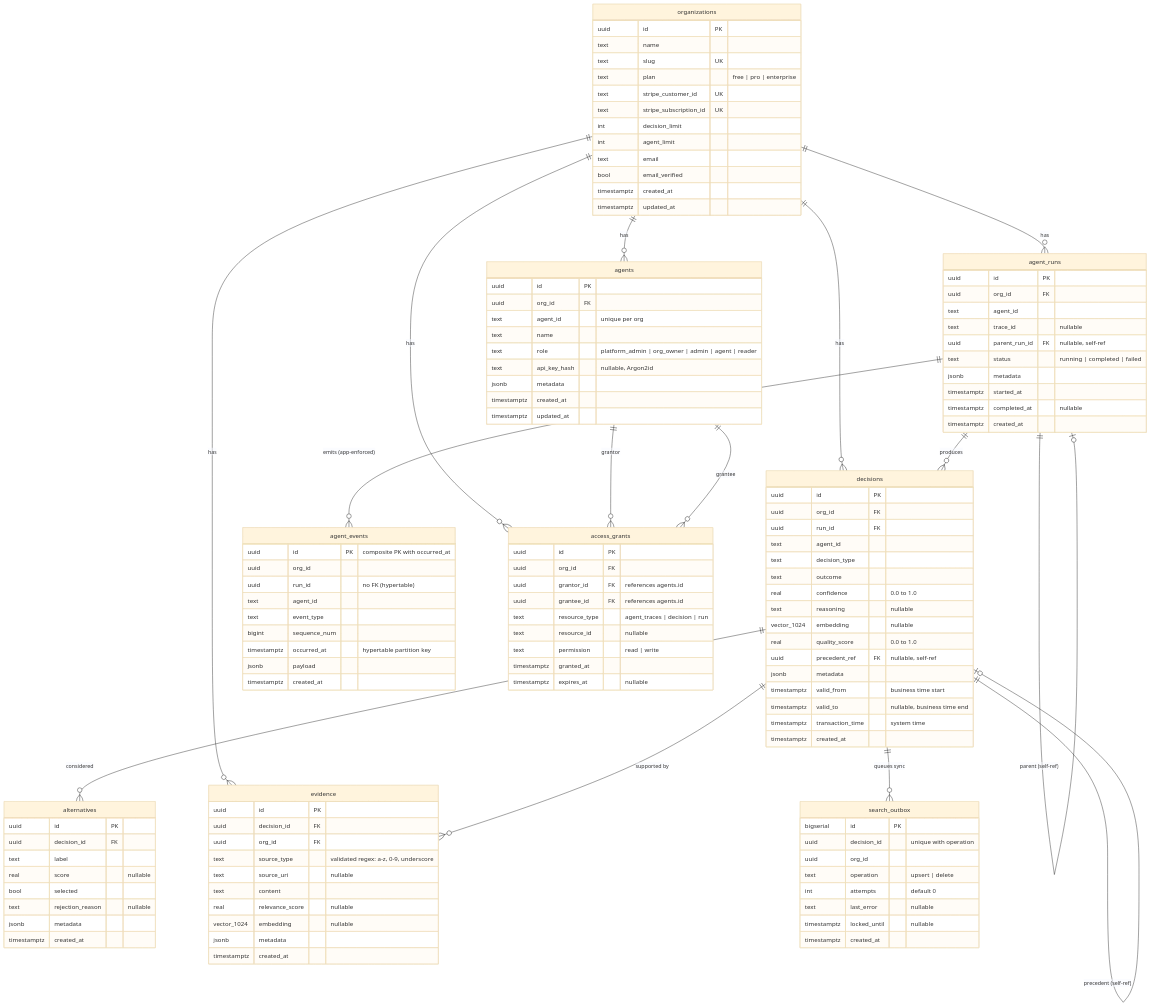
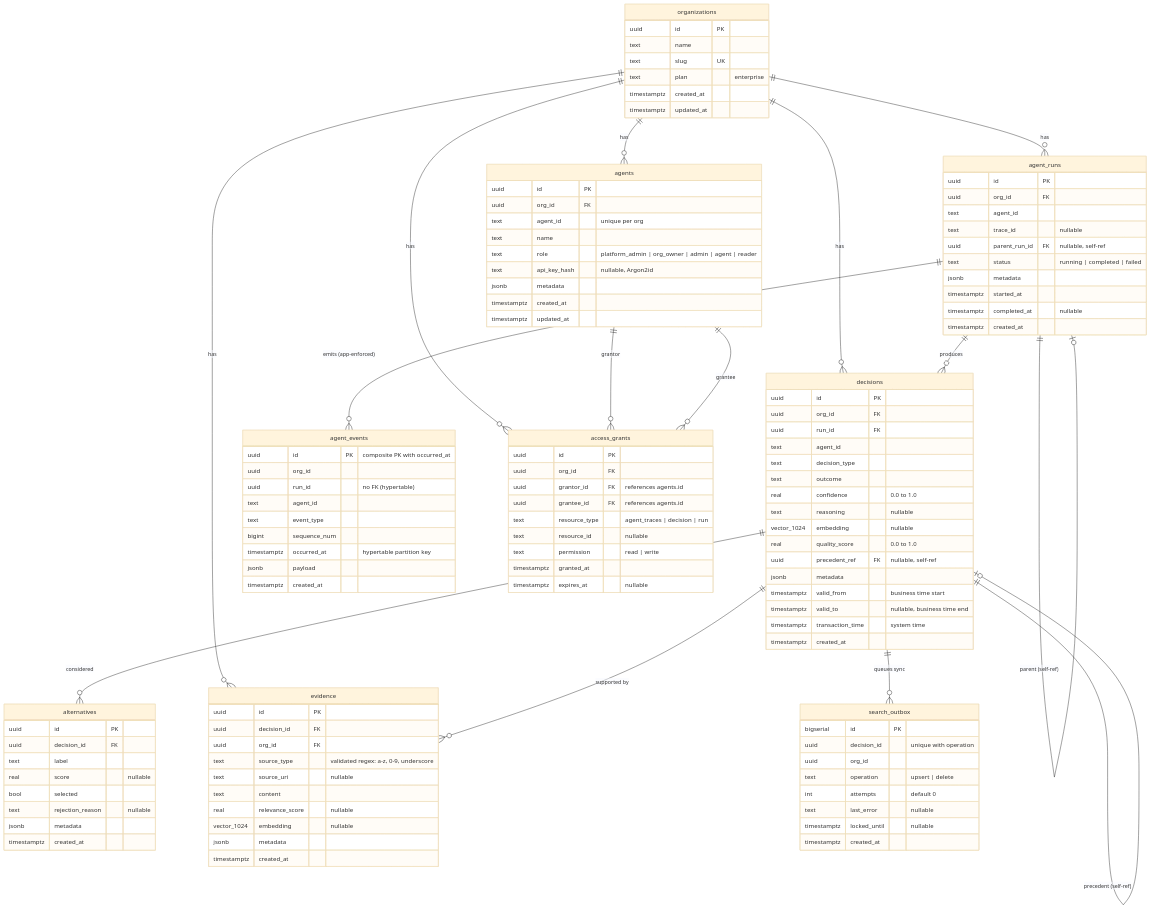
Before and after one commit to ashita-ai/akashi: the sixth of 6 diagrams in docs/diagrams.md, drawn with Mermaid (base theme). The commit also changed other lines of this file and 11 other files, not shown here.

```diff
--- a/docs/diagrams.md
+++ b/docs/diagrams.md
@@ -306,13 +300,7 @@
         uuid id PK
         text name
         text slug UK
-        text plan "free | pro | enterprise"
-        text stripe_customer_id UK
-        text stripe_subscription_id UK
-        int decision_limit
-        int agent_limit
-        text email
-        bool email_verified
+        text plan "enterprise"
         timestamptz created_at
         timestamptz updated_at
     }
```
